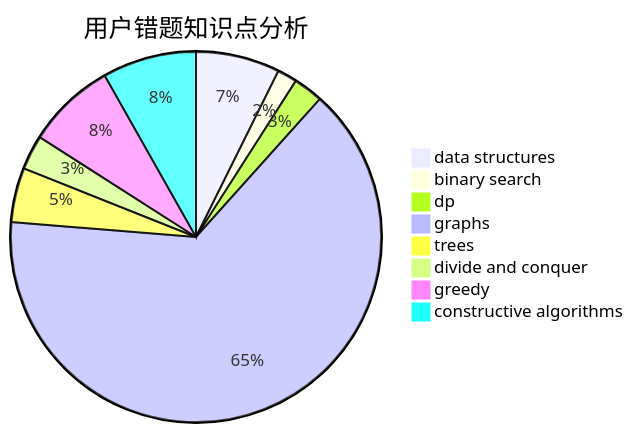
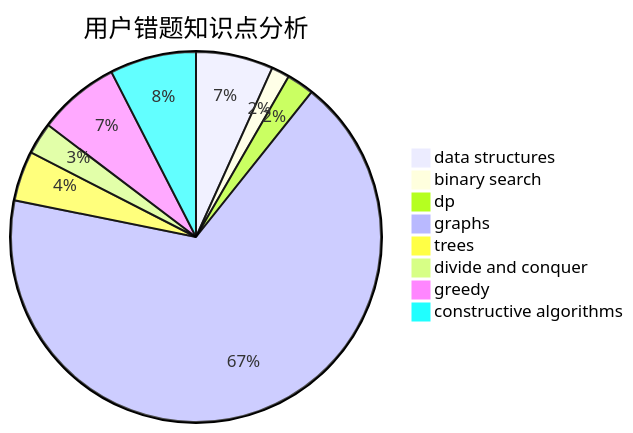
One commit to sherpahu/cfrs.github.io changed the third of 3 diagrams in docs/user/u2522.md. Above: the diagram before and after it, drawn with Mermaid. The commit also changed other lines of this file and 2770 other files, not shown here.

````diff
--- a/docs/user/u2522.md
+++ b/docs/user/u2522.md
@@ -36,11 +36,11 @@
 ```mermaid
 pie title 用户错题知识点分析
     "data structures" :  17
     "binary search" :  4
     "dp" :  6
-    "graphs" :  150
+    "graphs" :  170
     "trees" :  11
     "divide and conquer" :  7
     "greedy" :  18
     "constructive algorithms" :  19
 ```
````
